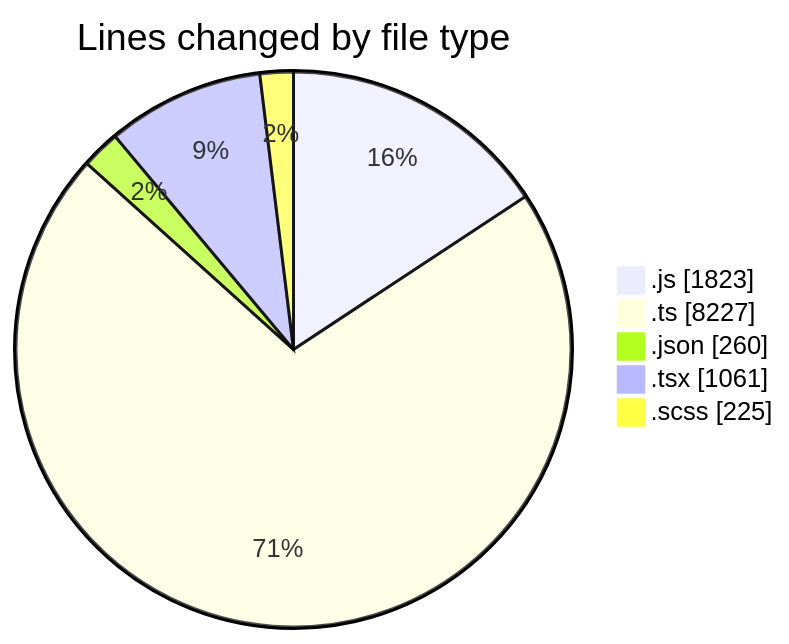
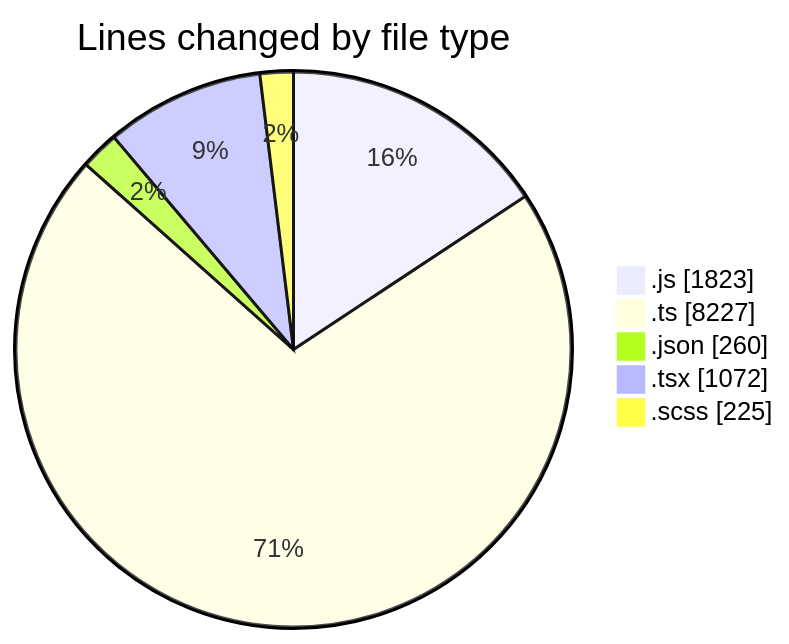
Before and after one commit to momahboobian/code-tracking: the first of 2 diagrams in 2026-04-08/cda/README.md, drawn with Mermaid. The commit also changed other lines of this file and 1 other file, not shown here.

````diff
--- a/2026-04-08/cda/README.md
+++ b/2026-04-08/cda/README.md
@@ -35,9 +35,9 @@
 ```mermaid
 pie showData
 title Lines changed by file type
 ".js" : 1823
 ".ts" : 8227
 ".json" : 260
-".tsx" : 1061
+".tsx" : 1072
 ".scss" : 225
 ```
````
